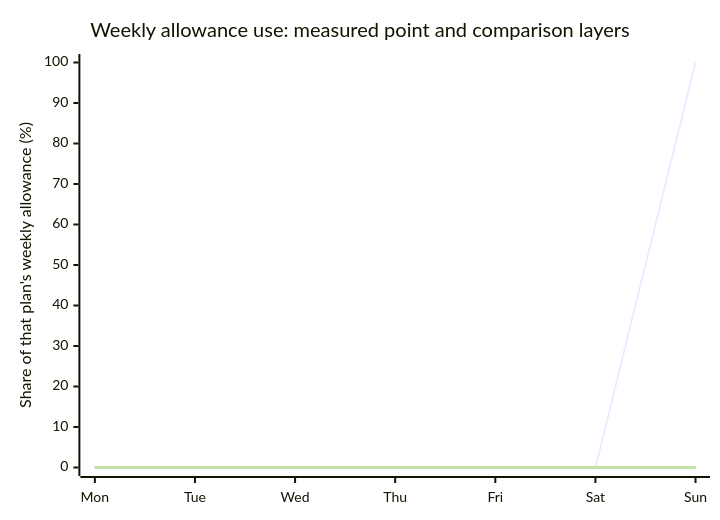
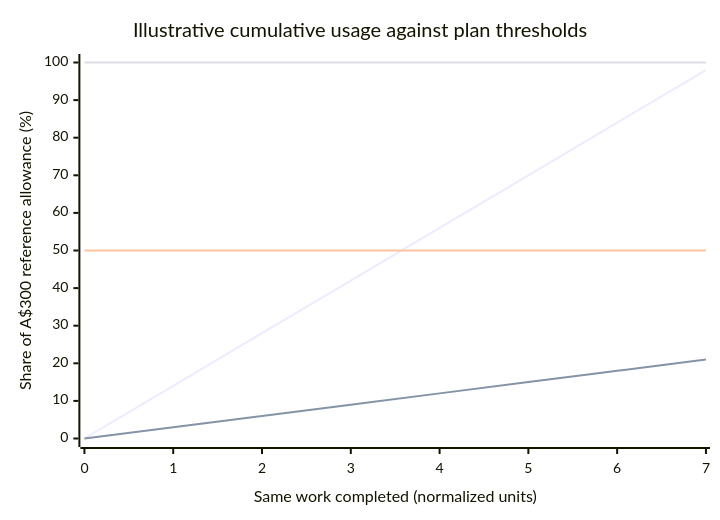
One commit to lockej2005/model-router-skill changed the diagram in README.md. Above: the diagram before and after it, drawn with Mermaid. The commit also changed other lines of this file, not shown here.

Commit message:
Illustrate model-weighted usage and plan thresholds

````diff
--- a/README.md
+++ b/README.md
@@ -54,11 +54,10 @@
 ```mermaid
 xychart-beta
-    title "Weekly allowance use: measured point and comparison layers"
-    x-axis [Mon, Tue, Wed, Thu, Fri, Sat, Sun]
-    y-axis "Share of that plan's weekly allowance (%)" 0 --> 100
-    line [0, 0, 0, 0, 0, 0, 100]
-    line [0, 0, 0, 0, 0, 0, 0]
-    line [0, 0, 0, 0, 0, 0, 0]
-    line [0, 0, 0, 0, 0, 0, 0]
-    line [0, 0, 0, 0, 0, 0, 0]
+    title "Illustrative cumulative usage against plan thresholds"
+    x-axis "Same work completed (normalized units)" [0, 1, 2, 3, 4, 5, 6, 7]
+    y-axis "Share of A$300 reference allowance (%)" 0 --> 100
+    line [0, 14, 28, 42, 56, 70, 84, 98]
+    line [0, 3, 6, 9, 12, 15, 18, 21]
+    line [50, 50, 50, 50, 50, 50, 50, 50]
+    line [100, 100, 100, 100, 100, 100, 100, 100]
 ```
````
